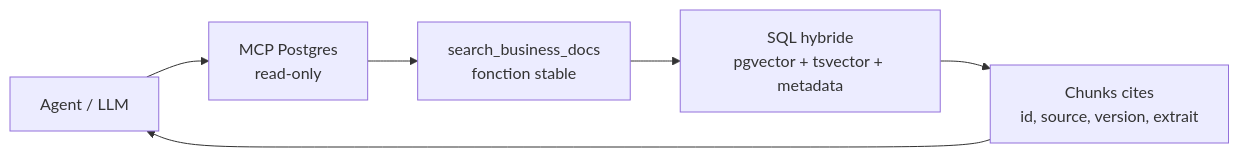
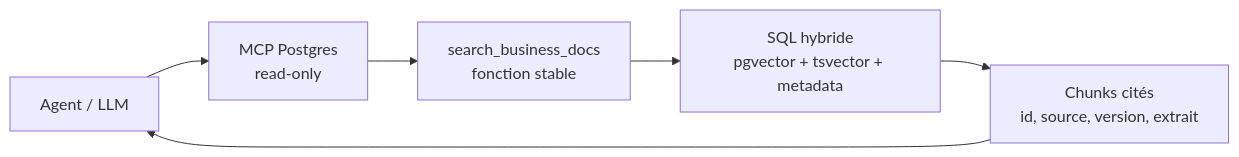
The second of 2 diagrams in content/08-rag-local-postgres.md (flcarre/observatoire-dev-ai), drawn with Mermaid before and after one commit. The commit also changed other lines of this file and 8 other files, not shown here.

````diff
--- a/content/08-rag-local-postgres.md
+++ b/content/08-rag-local-postgres.md
@@ -94,8 +94,8 @@
 ```mermaid
 flowchart LR
     Agent[Agent / LLM] --> MCP[MCP Postgres<br/>read-only]
     MCP --> Fn[search_business_docs<br/>fonction stable]
     Fn --> Hybrid[SQL hybride<br/>pgvector + tsvector + metadata]
-    Hybrid --> Chunks[Chunks cites<br/>id, source, version, extrait]
+    Hybrid --> Chunks[Chunks cités<br/>id, source, version, extrait]
     Chunks --> Agent
 ```
````
